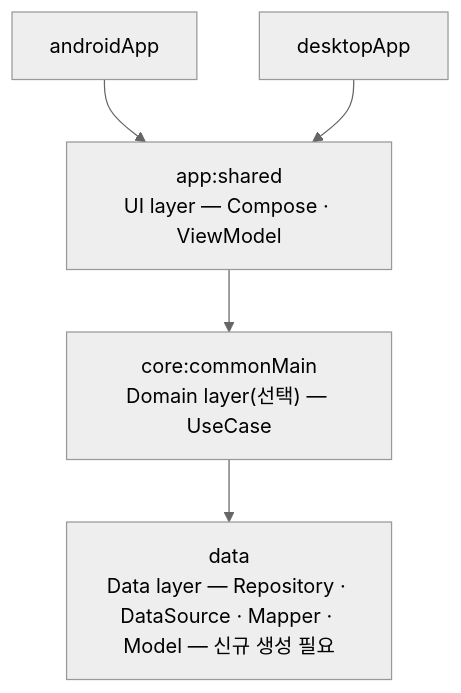
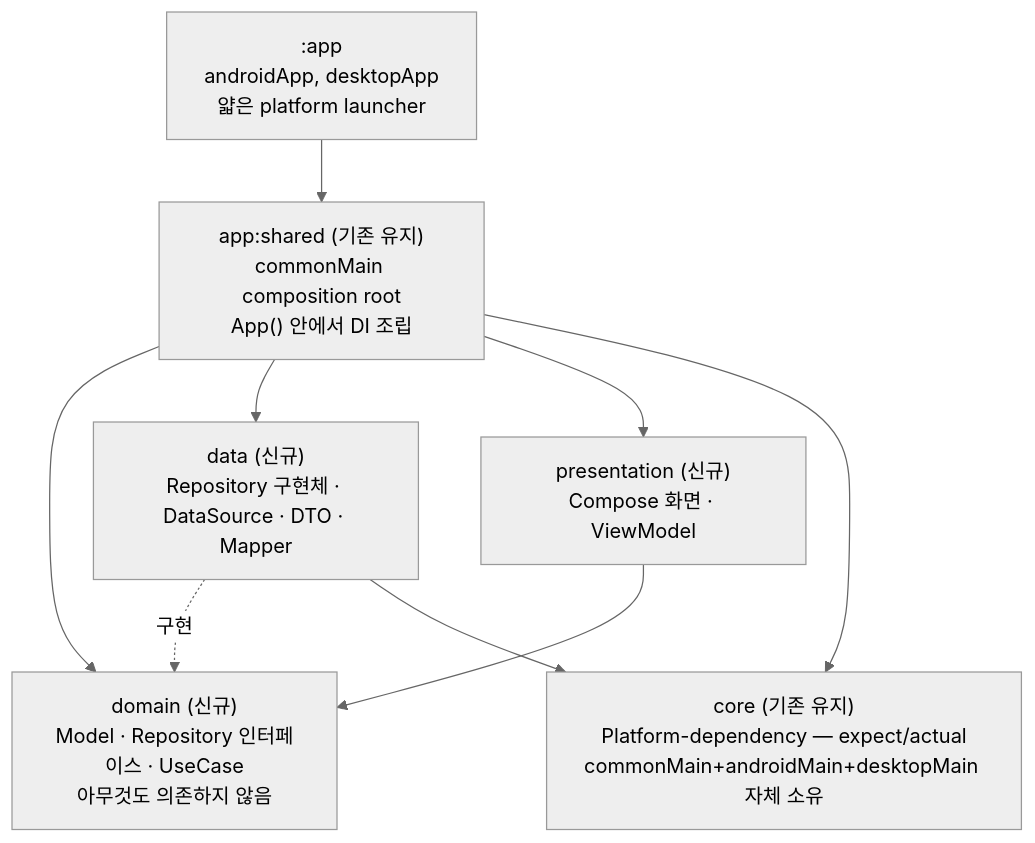
The first of 3 diagrams in doc/architecture.md (sunstar-repo/StreamCompass), drawn with Mermaid (neutral theme) before and after one commit. The commit also changed other lines of this file, not shown here.

Commit message:
improved documents that architecture

````diff
--- a/doc/architecture.md
+++ b/doc/architecture.md
@@ -11,13 +18,18 @@
 ```mermaid
 flowchart TD
-    AA["androidApp"]
-    DA["desktopApp"]
-    S["app:shared<br/>UI layer — Compose · ViewModel"]
-    C["core:commonMain<br/>Domain layer(선택) — UseCase"]
-    D["data<br/>Data layer — Repository · DataSource · Mapper · Model — 신규 생성 필요"]
+    DOM["domain (신규)<br/>Model · Repository 인터페이스 · UseCase<br/>아무것도 의존하지 않음"]
+    CORE["core (기존 유지)<br/>Platform-dependency — expect/actual<br/>commonMain+androidMain+desktopMain 자체 소유"]
+    DATA["data (신규)<br/>Repository 구현체 · DataSource · DTO · Mapper"]
+    PRES["presentation (신규)<br/>Compose 화면 · ViewModel"]
+    SHARED["app:shared (기존 유지)<br/>commonMain composition root<br/>App() 안에서 DI 조립"]
+    APP[":app<br/>androidApp, desktopApp<br/>얇은 platform launcher"]
 
-    AA --> S
-    DA --> S
-    S --> C
-    C --> D
+    DATA -.구현.-> DOM
+    DATA --> CORE
+    PRES --> DOM
+    SHARED --> DOM
+    SHARED --> DATA
+    SHARED --> PRES
+    SHARED --> CORE
+    APP --> SHARED
 ```
````
